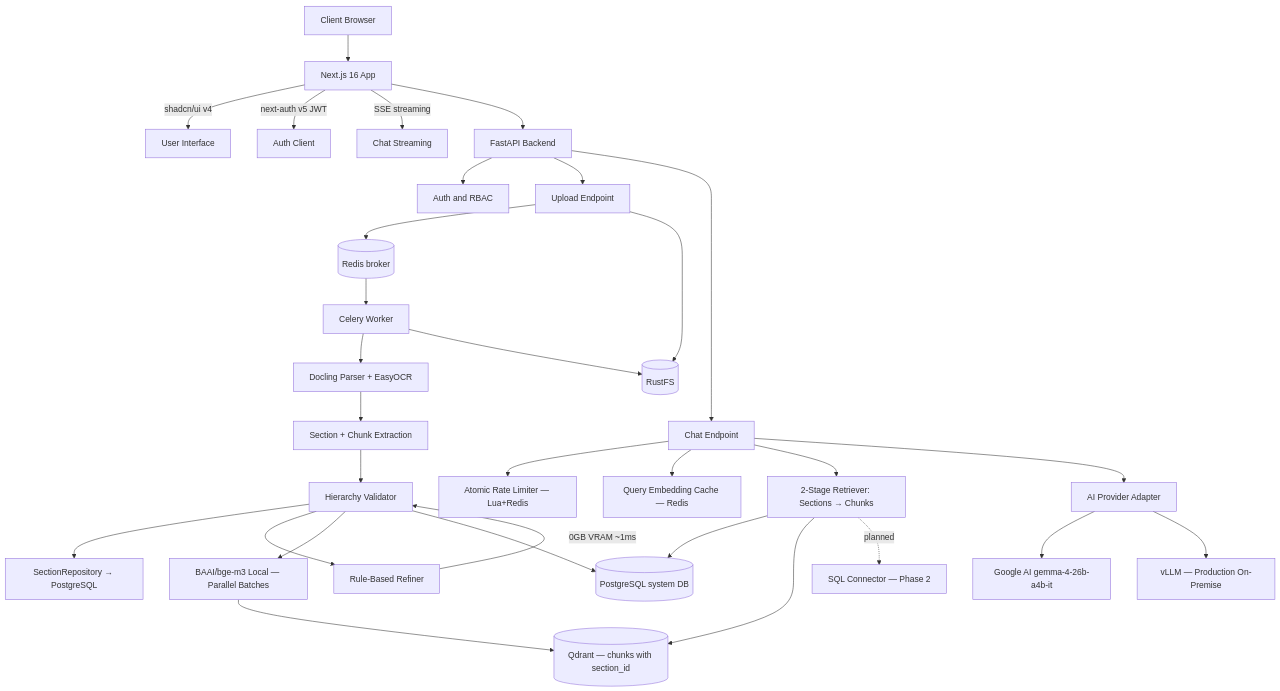
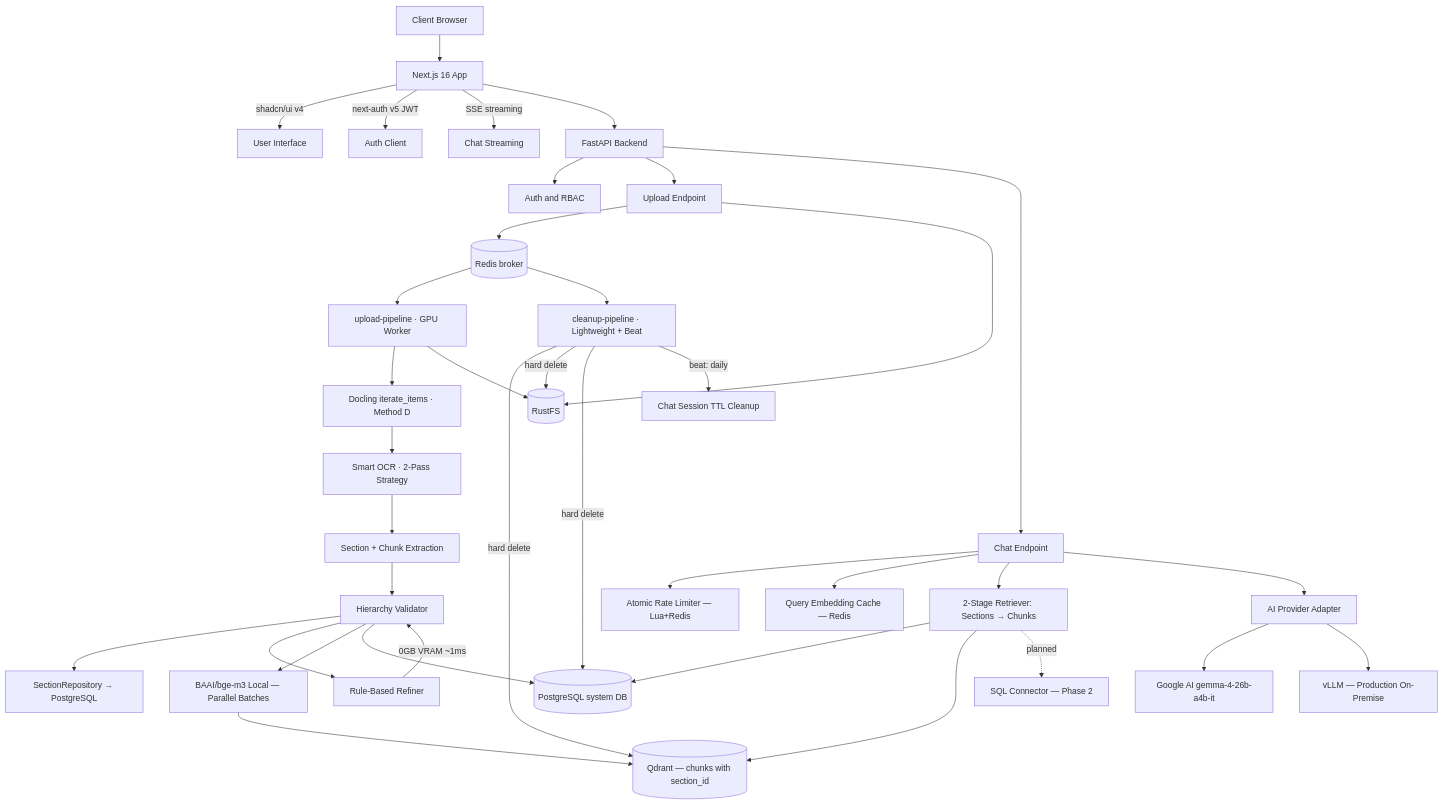
The diagram in docs/01_SYSTEM_ARCHITECTURE.md (qtuanph/chatbot-rag), drawn with Mermaid before and after one commit. The commit also changed other lines of this file and 18 other files, not shown here.

First line of the commit message:
Refactor worker architecture and enhance ingestion pipeline

````diff
--- a/docs/01_SYSTEM_ARCHITECTURE.md
+++ b/docs/01_SYSTEM_ARCHITECTURE.md
@@ -27,38 +29,45 @@
 ```mermaid
 graph TD
     Client[Client Browser] --> WebApp[Next.js 16 App]
     WebApp --> |shadcn/ui v4| UI[User Interface]
     WebApp --> |next-auth v5 JWT| Auth[Auth Client]
     WebApp --> |SSE streaming| SSE[Chat Streaming]
 
     WebApp --> API[FastAPI Backend]
     API --> AuthSvc[Auth and RBAC]
     API --> Upload[Upload Endpoint]
     API --> Chat[Chat Endpoint]
 
     Upload --> Redis[(Redis broker)]
-    Redis --> Worker[Celery Worker]
+    Redis --> UploadPipeline[upload-pipeline · GPU Worker]
+    Redis --> CleanupPipeline[cleanup-pipeline · Lightweight + Beat]
 
-    Worker --> Parser[Docling Parser + EasyOCR]
-    Parser --> SectionExtractor[Section + Chunk Extraction]
+    UploadPipeline --> Parser[Docling iterate_items · Method D]
+    Parser --> SmartOCR[Smart OCR · 2-Pass Strategy]
+    SmartOCR --> SectionExtractor[Section + Chunk Extraction]
     SectionExtractor --> Validator[Hierarchy Validator]
     Validator --> SectionStore[SectionRepository → PostgreSQL]
     Validator --> Refiner[Rule-Based Refiner]
     Refiner --> |0GB VRAM ~1ms| Validator
     Validator --> Embedder[BAAI/bge-m3 Local — Parallel Batches]
     Embedder --> Qdrant[(Qdrant — chunks with section_id)]
     Validator --> PG[(PostgreSQL system DB)]
 
     Upload --> RustFS[(RustFS)]
-    Worker --> RustFS
+    UploadPipeline --> RustFS
+
+    CleanupPipeline --> |hard delete| Qdrant
+    CleanupPipeline --> |hard delete| RustFS
+    CleanupPipeline --> |hard delete| PG
+    CleanupPipeline --> |beat: daily| TTL[Chat Session TTL Cleanup]
 
     Chat --> Throttle[Atomic Rate Limiter — Lua+Redis]
     Chat --> QueryCache[Query Embedding Cache — Redis]
     Chat --> Retriever[2-Stage Retriever: Sections → Chunks]
     Retriever --> PG
     Retriever --> Qdrant
     Retriever -. planned -.-> SQLConnector[SQL Connector — Phase 2]
     Chat --> LLM[AI Provider Adapter]
     LLM --> Google[Google AI gemma-4-26b-a4b-it]
     LLM --> vLLM[vLLM — Production On-Premise]
 ```
````
